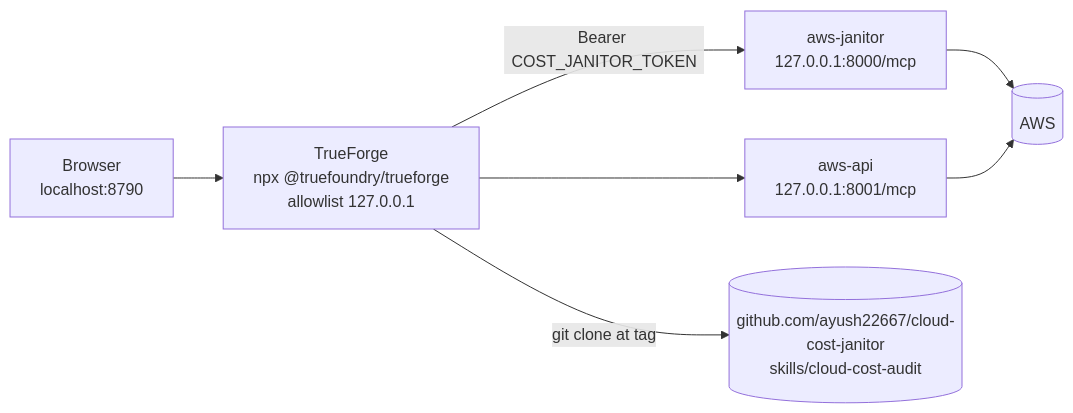
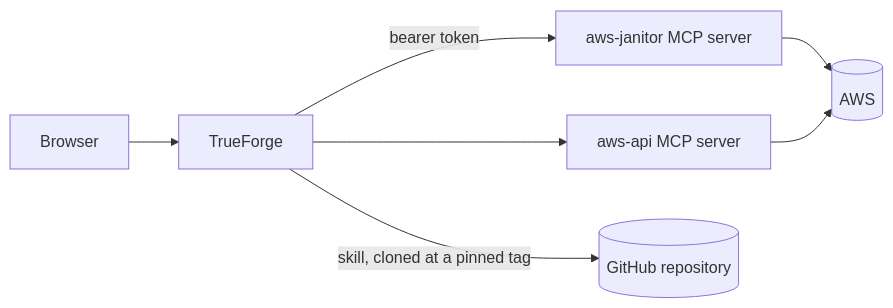
Before and after one commit to ayush22667/cloud-cost-janitor: the fifth of 5 diagrams in SOLUTION.md, drawn with Mermaid. The commit also changed other lines of this file, not shown here.

Commit message:
SOLUTION.md: drop the preamble and keep the runtime diagram to service names

````diff
--- a/SOLUTION.md
+++ b/SOLUTION.md
@@ -248,9 +245,9 @@
 ```mermaid
 flowchart LR
-    B["Browser<br/>localhost:8790"] --> TF["TrueForge<br/>npx @truefoundry/trueforge<br/>allowlist 127.0.0.1"]
-    TF -- "Bearer COST_JANITOR_TOKEN" --> J["aws-janitor<br/>127.0.0.1:8000/mcp"]
-    TF --> X["aws-api<br/>127.0.0.1:8001/mcp"]
-    TF -- git clone at tag --> GH[("github.com/ayush22667/cloud-cost-janitor<br/>skills/cloud-cost-audit")]
+    B[Browser] --> TF[TrueForge]
+    TF -- bearer token --> J[aws-janitor MCP server]
+    TF --> X[aws-api MCP server]
+    TF -- skill, cloned at a pinned tag --> GH[(GitHub repository)]
     J --> AWS[(AWS)]
     X --> AWS
 ```
````
